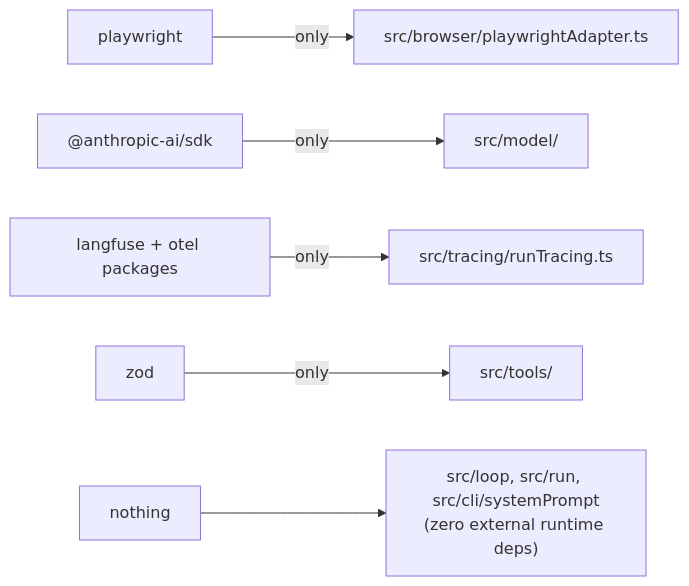
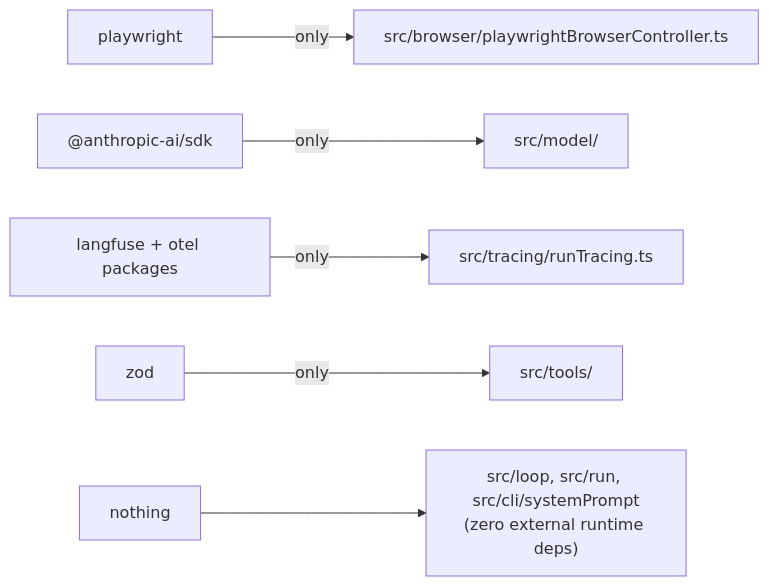
Before and after one commit to briosolivares/evidence-collection-agent: the diagram in .agents/summary/dependencies.md, drawn with Mermaid. The commit also changed other lines of this file and 55 other files, not shown here.

````diff
--- a/.agents/summary/dependencies.md
+++ b/.agents/summary/dependencies.md
@@ -30,8 +30,8 @@
 ```mermaid
 graph LR
-    PW["playwright"] -->|only| A["src/browser/playwrightAdapter.ts"]
+    PW["playwright"] -->|only| A["src/browser/playwrightBrowserController.ts"]
     SDK["@anthropic-ai/sdk"] -->|only| M["src/model/"]
     LF["langfuse + otel packages"] -->|only| T["src/tracing/runTracing.ts"]
     Z["zod"] -->|only| TOOLS["src/tools/"]
     N["nothing"] --> LOOP["src/loop, src/run, src/cli/systemPrompt\n(zero external runtime deps)"]
 ```
````
